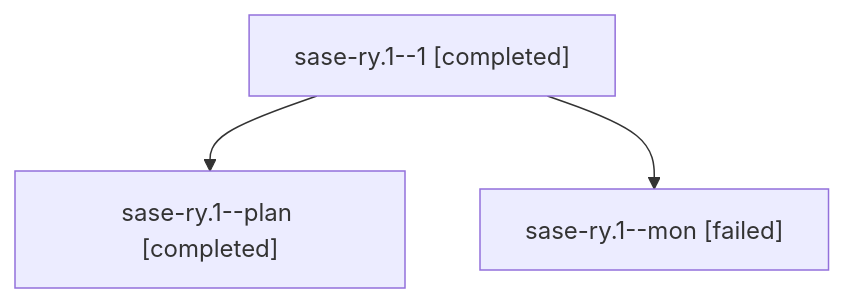
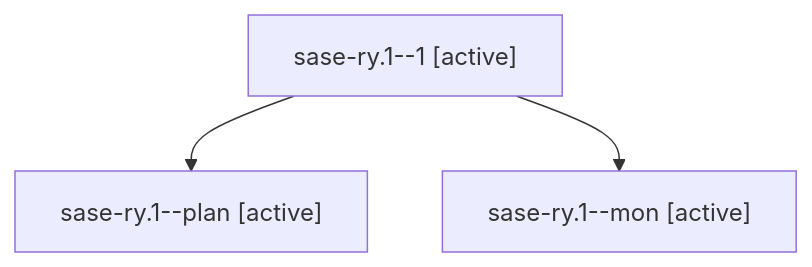
Before and after one commit to sase-org/sase--agents: the diagram in families/bbugyi200.athena.sase-ry.1.md, drawn with Mermaid. The commit also changed other lines of this file and 35830 other files, not shown here.

````diff
--- a/families/bbugyi200.athena.sase-ry.1.md
+++ b/families/bbugyi200.athena.sase-ry.1.md
@@ -9,8 +9,8 @@
 ```mermaid
 flowchart TD
-  n0["sase-ry.1--1 [completed]"]
-  n1["sase-ry.1--plan [completed]"]
+  n0["sase-ry.1--1 [active]"]
+  n1["sase-ry.1--plan [active]"]
   n0 --> n1
-  n2["sase-ry.1--mon [failed]"]
+  n2["sase-ry.1--mon [active]"]
   n0 --> n2
 ```
````
